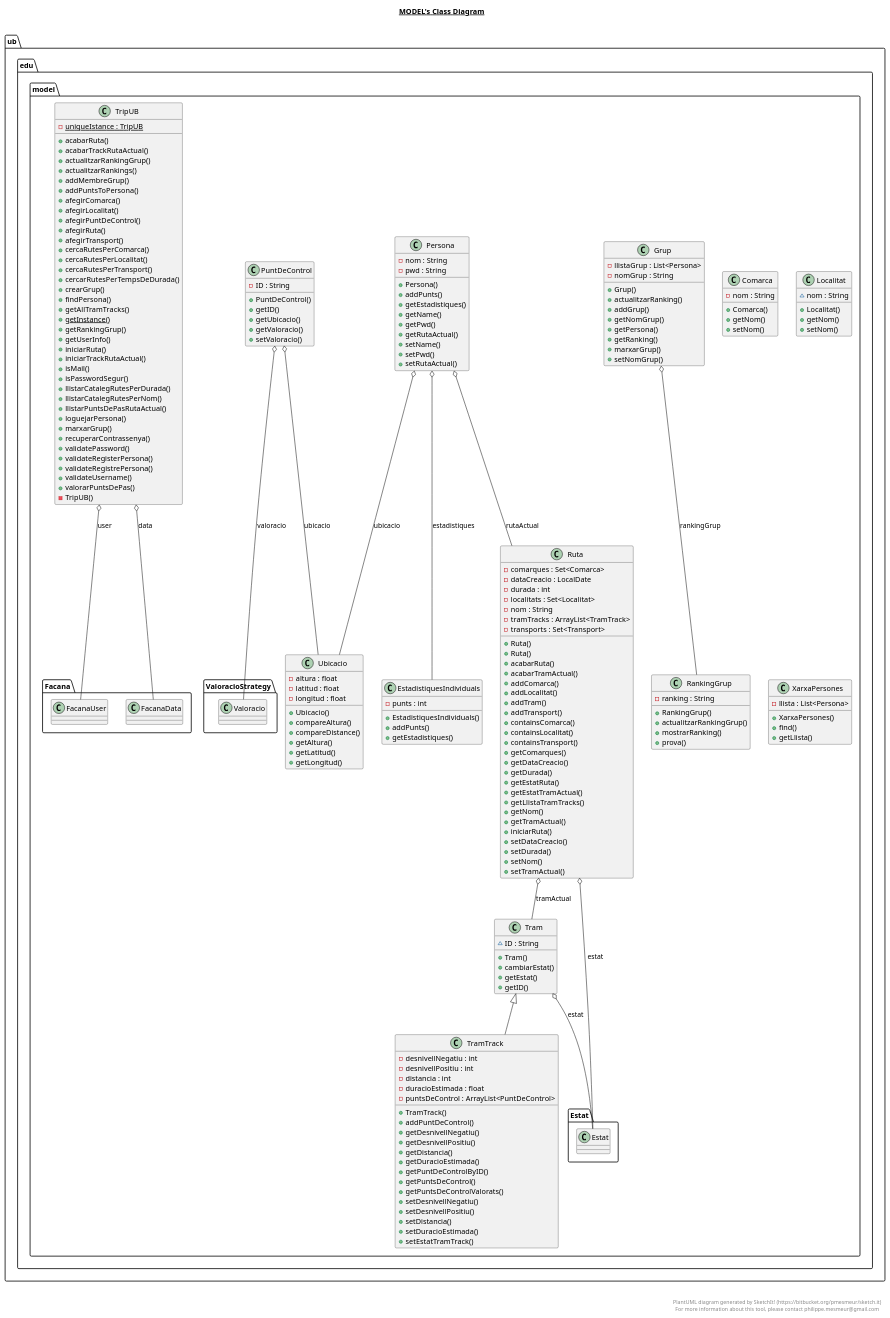
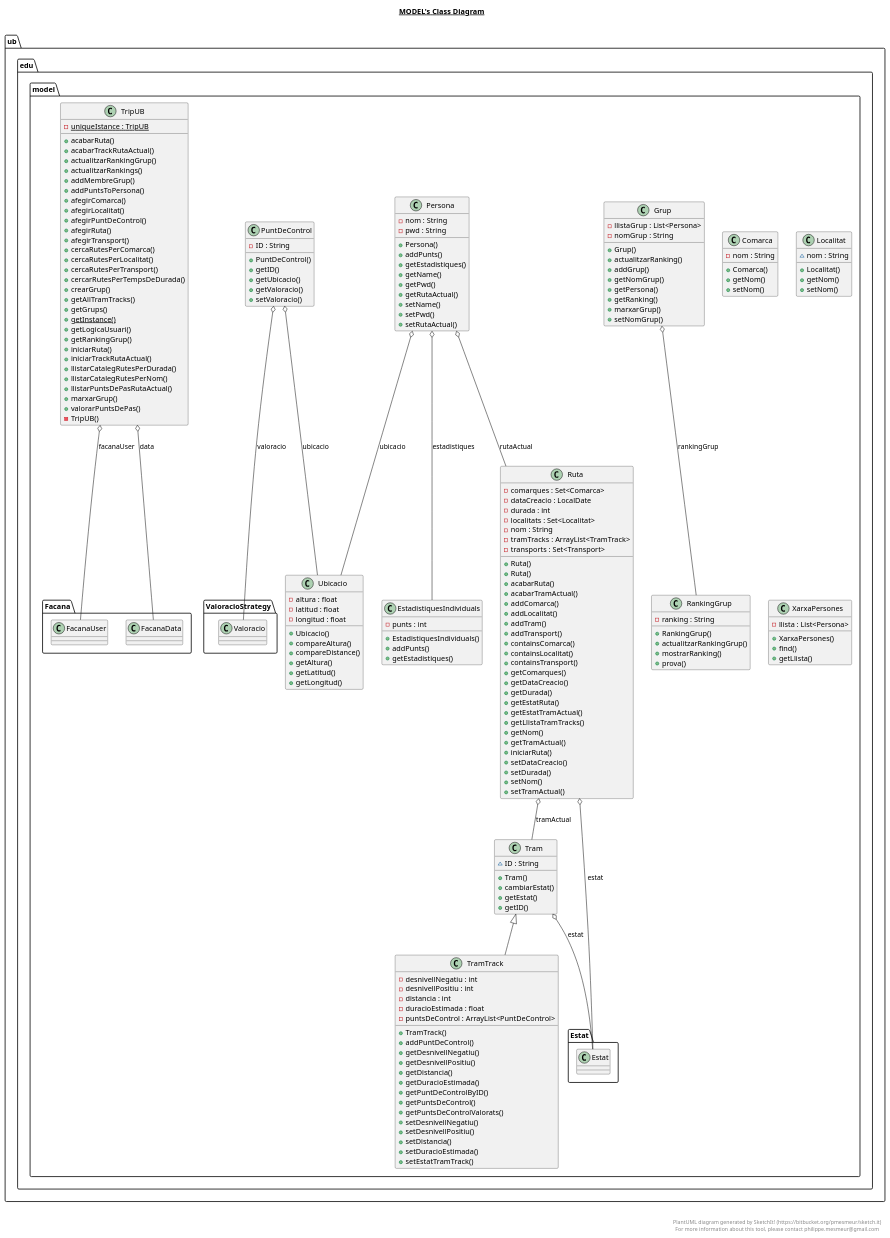
Before and after one commit to Samot2003/p3-tripu-dao-a12_reava: the diagram in src/ub/edu/model/model.plantuml, drawn with PlantUML. The commit also changed 35 other files, not shown here.

```diff
--- a/src/ub/edu/model/model.plantuml
+++ b/src/ub/edu/model/model.plantuml
@@ -180,25 +180,17 @@
         + cercaRutesPerTransport()
         + cercarRutesPerTempsDeDurada()
         + crearGrup()
-        + findPersona()
         + getAllTramTracks()
+        + getGrups()
         {static} + getInstance()
+        + getLogicaUsuari()
         + getRankingGrup()
-        + getUserInfo()
         + iniciarRuta()
         + iniciarTrackRutaActual()
-        + isMail()
-        + isPasswordSegur()
         + llistarCatalegRutesPerDurada()
         + llistarCatalegRutesPerNom()
         + llistarPuntsDePasRutaActual()
-        + loguejarPersona()
         + marxarGrup()
-        + recuperarContrassenya()
-        + validatePassword()
-        + validateRegisterPersona()
-        + validateRegistrePersona()
-        + validateUsername()
         + valorarPuntsDePas()
         - TripUB()
     }
@@ -241,7 +233,7 @@
   ub.edu.model.Tram o-- ub.edu.model.Estat.Estat : estat
   ub.edu.model.TramTrack -up-|> ub.edu.model.Tram
   ub.edu.model.TripUB o-- ub.edu.model.Facana.FacanaData : data
-  ub.edu.model.TripUB o-- ub.edu.model.Facana.FacanaUser : user
+  ub.edu.model.TripUB o-- ub.edu.model.Facana.FacanaUser : facanaUser
 
 
 right footer
```
